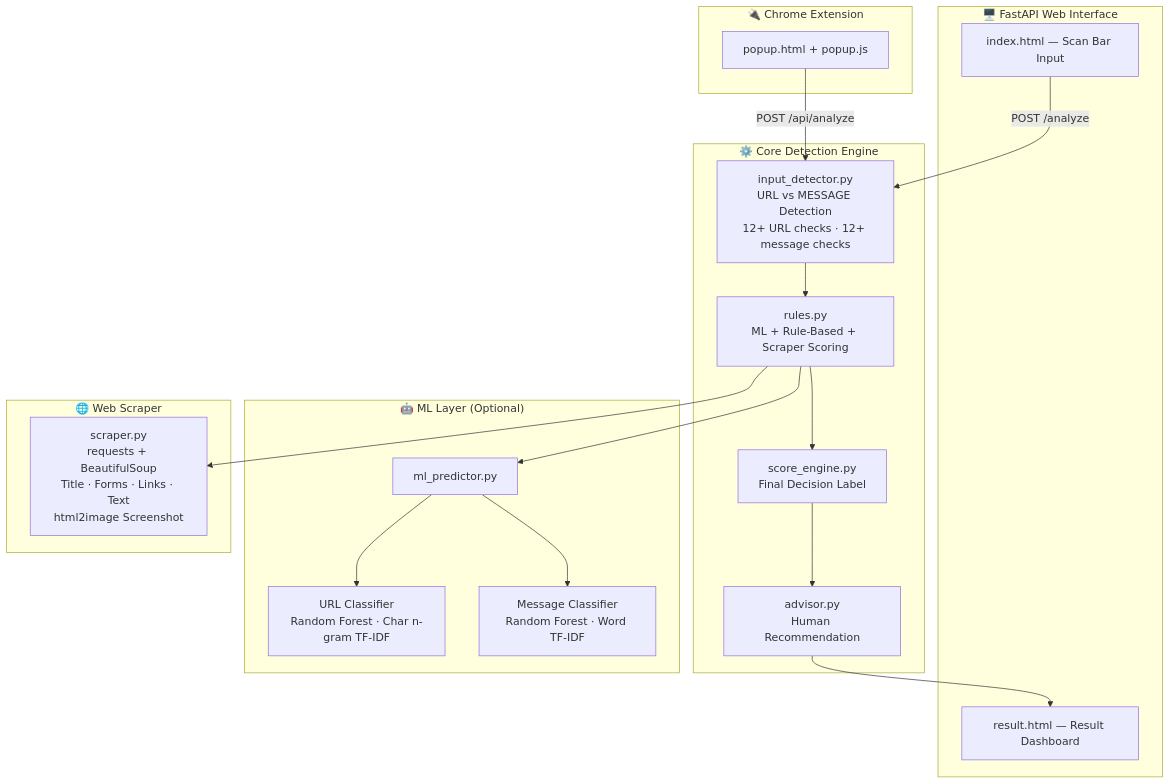
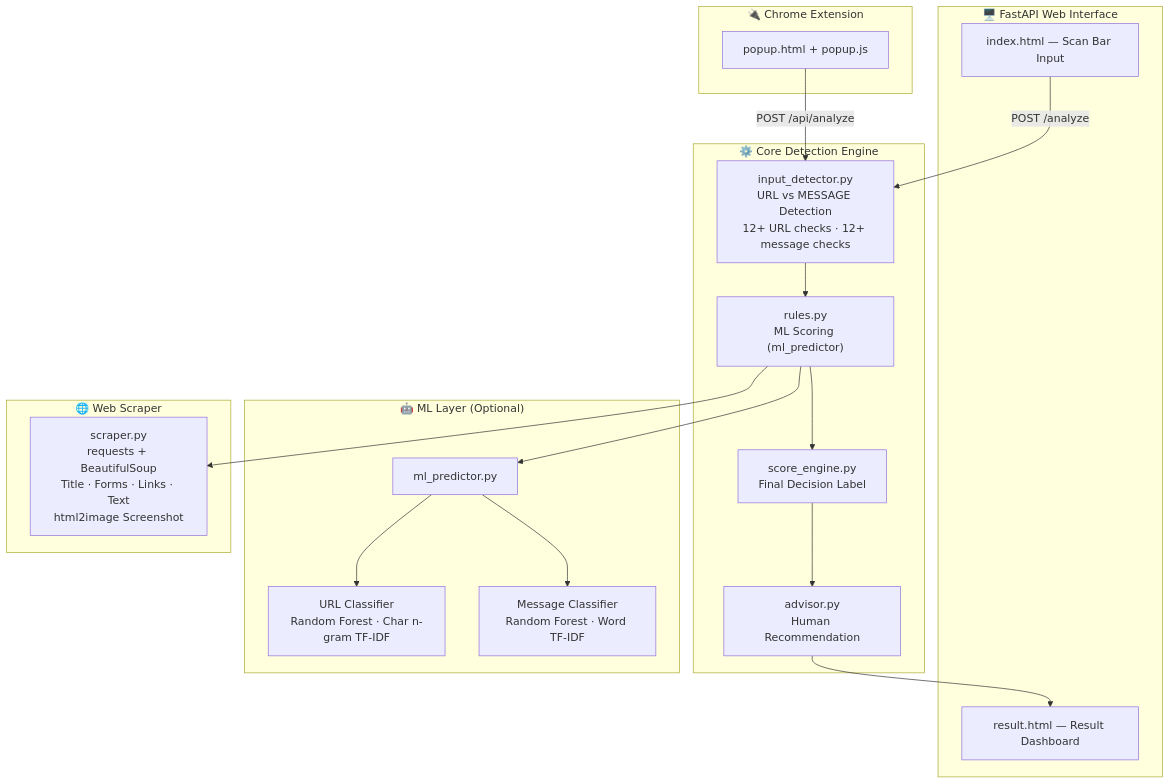
The first of 5 diagrams in README.md (Sreelakshmi-K-S/SecureAssist), drawn with Mermaid before and after one commit. The commit also changed other lines of this file and 6 other files, not shown here.

````diff
--- a/README.md
+++ b/README.md
@@ -40,38 +40,38 @@
 ```mermaid
 graph TB
     subgraph UI["🖥️ FastAPI Web Interface"]
         INDEX["index.html — Scan Bar Input"]
         RESULT["result.html — Result Dashboard"]
     end
 
     subgraph EXT["🔌 Chrome Extension"]
         POPUP["popup.html + popup.js"]
     end
 
     subgraph CORE["⚙️ Core Detection Engine"]
         ID["input_detector.py\nURL vs MESSAGE Detection\n12+ URL checks · 12+ message checks"]
-        RB["rules.py\nML + Rule-Based + Scraper Scoring"]
+        RB["rules.py\nML Scoring (ml_predictor)"]
         SE["score_engine.py\nFinal Decision Label"]
         ADV["advisor.py\nHuman Recommendation"]
     end
 
     subgraph ML["🤖 ML Layer (Optional)"]
         MLP["ml_predictor.py"]
         URLM["URL Classifier\nRandom Forest · Char n-gram TF-IDF"]
         MSGM["Message Classifier\nRandom Forest · Word TF-IDF"]
         MLP --> URLM & MSGM
     end
 
     subgraph SCRAPER["🌐 Web Scraper"]
         SC["scraper.py\nrequests + BeautifulSoup\nTitle · Forms · Links · Text\nhtml2image Screenshot"]
     end
 
     INDEX -->|POST /analyze| ID
     POPUP -->|POST /api/analyze| ID
     ID --> RB
     RB --> MLP
     RB --> SC
     RB --> SE
     SE --> ADV
     ADV --> RESULT
 ```
````
